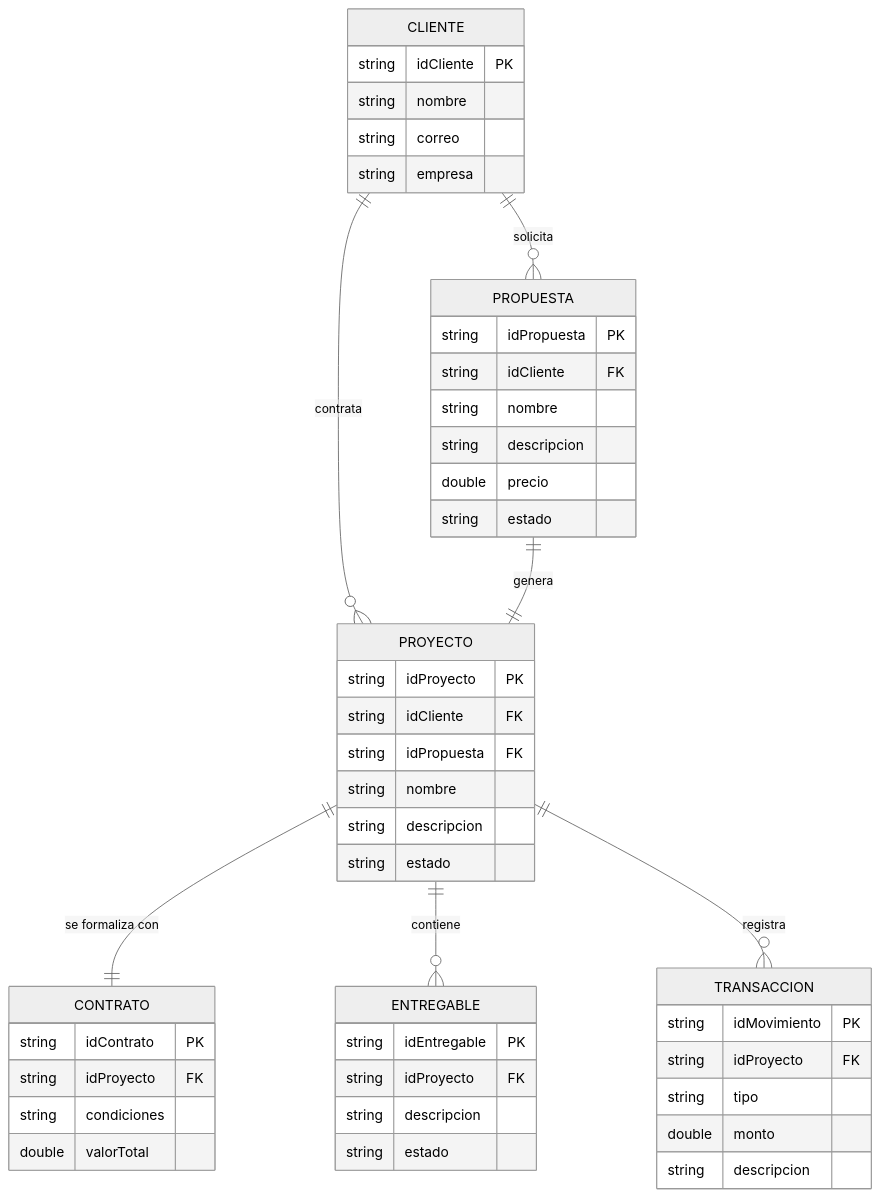
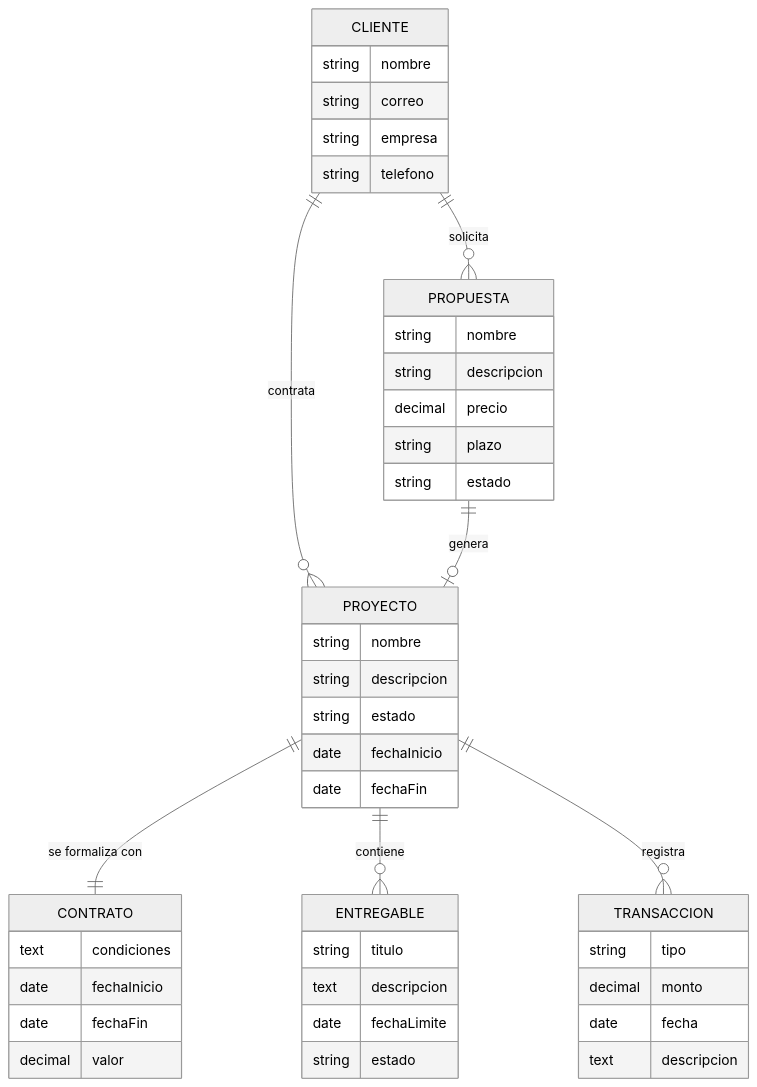
The first of 2 diagrams in readme.md (JuanSantoyoJ/Proyecto_S1_Node.JS_SantoyoJuan_GranadosOmar), drawn with Mermaid (neutral theme) before and after one commit. The commit also changed other lines of this file, not shown here.

````diff
--- a/readme.md
+++ b/readme.md
@@ -242,51 +241,53 @@
 ```mermaid
 erDiagram
-    CLIENTE ||--o{ PROPUESTA : "solicita"
-    CLIENTE ||--o{ PROYECTO : "contrata"
-    PROPUESTA ||--|| PROYECTO : "genera"
-    PROYECTO ||--|| CONTRATO : "se formaliza con"
-    PROYECTO ||--o{ ENTREGABLE : "contiene"
-    PROYECTO ||--o{ TRANSACCION : "registra"
-
     CLIENTE {
-        string idCliente PK
         string nombre
         string correo
         string empresa
+        string telefono
     }
+    
     PROPUESTA {
-        string idPropuesta PK
-        string idCliente FK
         string nombre
         string descripcion
-        double precio
+        decimal precio
+        string plazo
         string estado
     }
+    
     PROYECTO {
-        string idProyecto PK
-        string idCliente FK
-        string idPropuesta FK
         string nombre
         string descripcion
         string estado
+        date fechaInicio
+        date fechaFin
     }
+    
     CONTRATO {
-        string idContrato PK
-        string idProyecto FK
-        string condiciones
-        double valorTotal
+        text condiciones
+        date fechaInicio
+        date fechaFin
+        decimal valor
     }
+    
     ENTREGABLE {
-        string idEntregable PK
-        string idProyecto FK
-        string descripcion
+        string titulo
+        text descripcion
+        date fechaLimite
         string estado
     }
+    
     TRANSACCION {
-        string idMovimiento PK
-        string idProyecto FK
         string tipo
-        double monto
-        string descripcion
+        decimal monto
+        date fecha
+        text descripcion
     }
+
+    CLIENTE ||--o{ PROPUESTA : solicita
+    CLIENTE ||--o{ PROYECTO : contrata
+    PROPUESTA ||--o| PROYECTO : genera
+    PROYECTO ||--|| CONTRATO : "se formaliza con"
+    PROYECTO ||--o{ ENTREGABLE : contiene
+    PROYECTO ||--o{ TRANSACCION : registra
 ```
````
